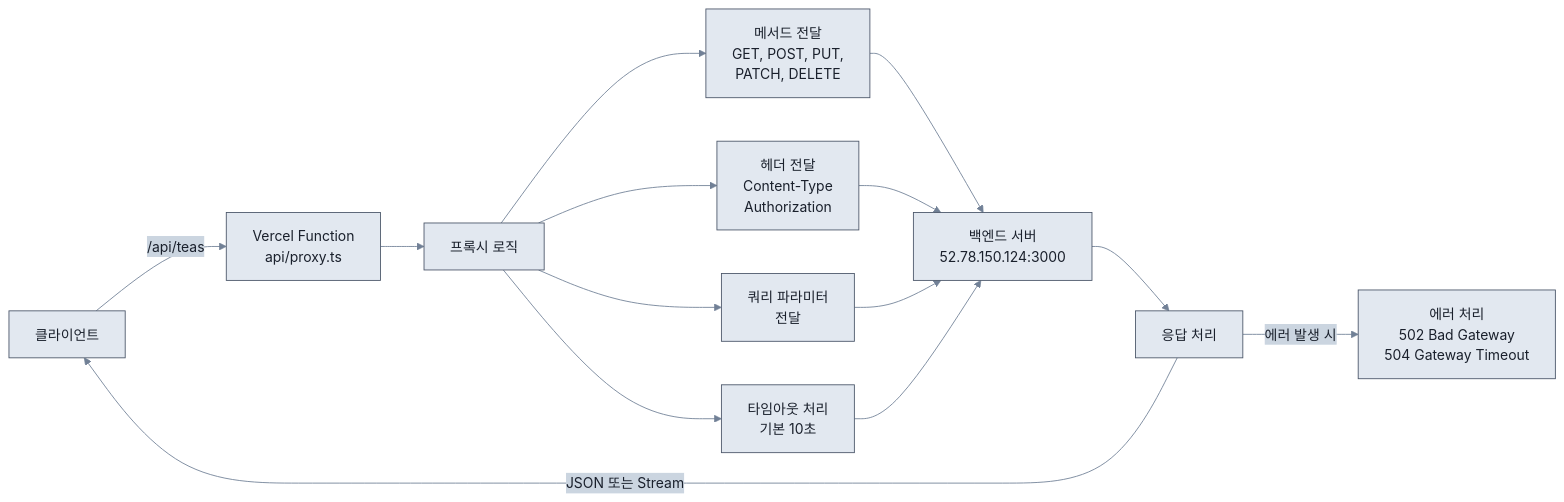
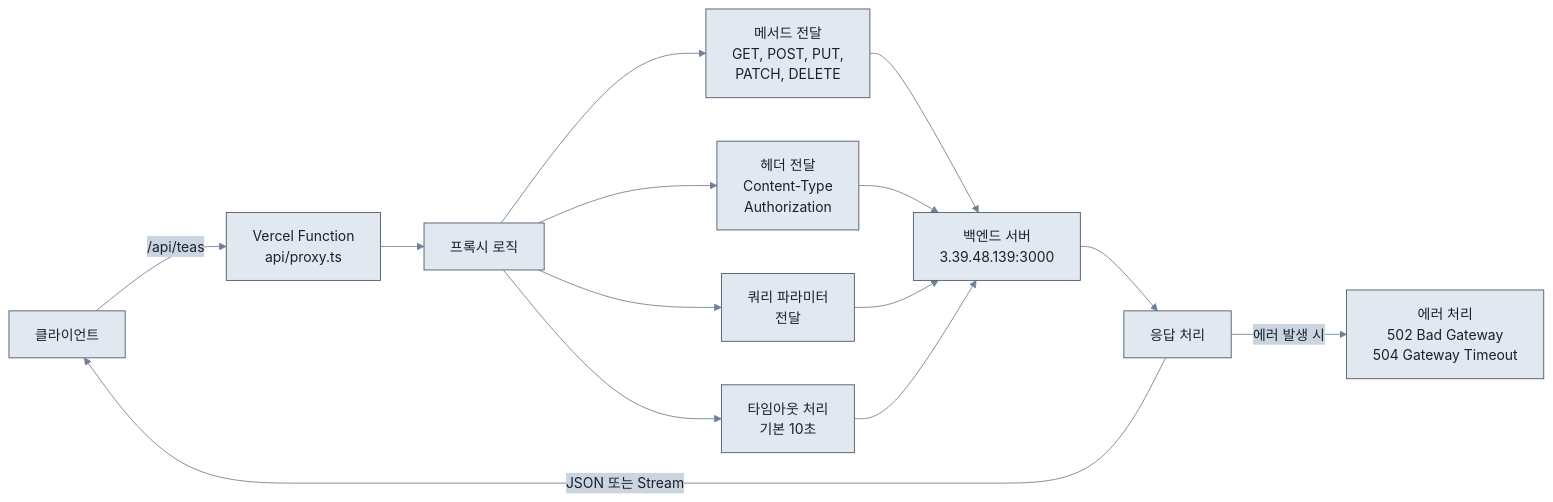
Before and after one commit to FLYLIKEB/ChaLog: the third of 11 diagrams in docs/architecture/SERVER_ARCHITECTURE.md, drawn with Mermaid. The commit also changed other lines of this file and 8 other files, not shown here.

````diff
--- a/docs/architecture/SERVER_ARCHITECTURE.md
+++ b/docs/architecture/SERVER_ARCHITECTURE.md
@@ -111,20 +111,20 @@
 ```mermaid
 %%{init: {'theme':'base', 'themeVariables': { 'primaryColor':'#e2e8f0', 'primaryTextColor':'#1a202c', 'primaryBorderColor':'#4a5568', 'lineColor':'#718096', 'secondaryColor':'#cbd5e0', 'tertiaryColor':'#f7fafc', 'errorBkgColor':'#fed7d7', 'errorTextColor':'#742a2a'}}}%%
 flowchart LR
     Client["클라이언트"] -->|"/api/teas"| Proxy["Vercel Function<br/>api/proxy.ts"]
     
     Proxy --> Process["프록시 로직"]
     Process --> Method["메서드 전달<br/>GET, POST, PUT,<br/>PATCH, DELETE"]
     Process --> Headers["헤더 전달<br/>Content-Type<br/>Authorization"]
     Process --> Query["쿼리 파라미터<br/>전달"]
     Process --> Timeout["타임아웃 처리<br/>기본 10초"]
     
-    Method --> Backend["백엔드 서버<br/>52.78.150.124:3000"]
+    Method --> Backend["백엔드 서버<br/>3.39.48.139:3000"]
     Headers --> Backend
     Query --> Backend
     Timeout --> Backend
     
     Backend --> Response["응답 처리"]
     Response -->|"JSON 또는 Stream"| Client
     Response -->|"에러 발생 시"| Error["에러 처리<br/>502 Bad Gateway<br/>504 Gateway Timeout"]
 ```
````
